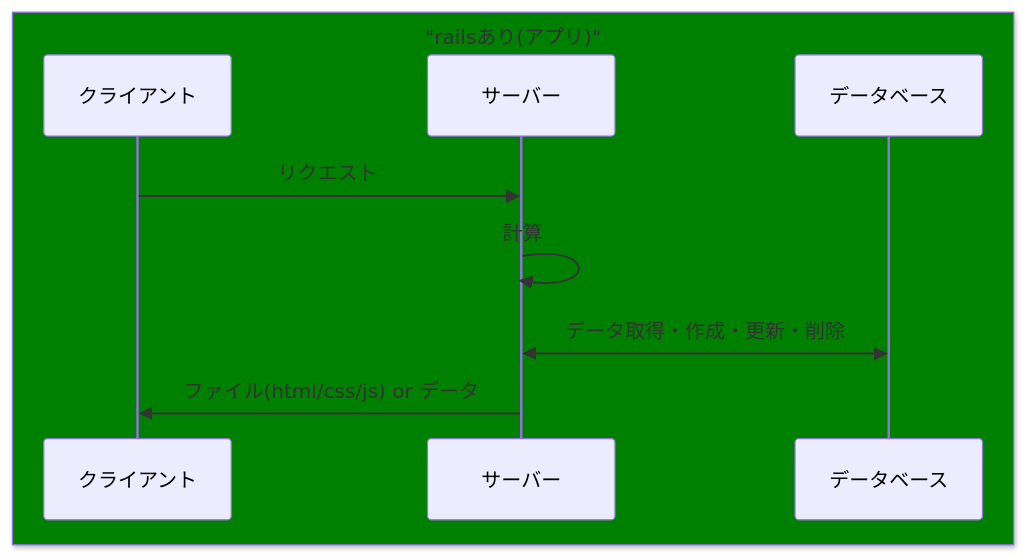
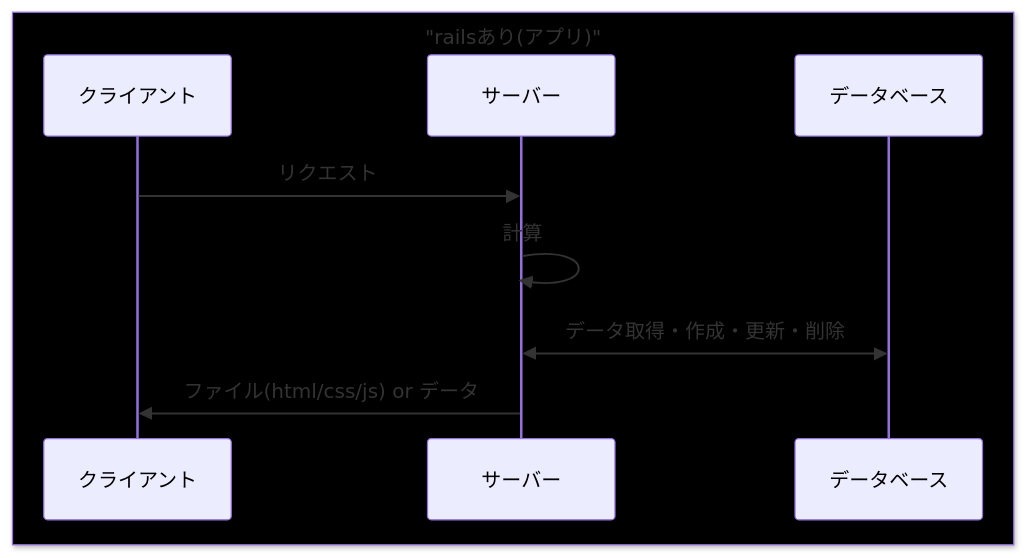
One commit to aoisakanana/lets_start_coding changed the third of 3 diagrams in overview.md. Above: the diagram before and after it, drawn with Mermaid. The commit also changed other lines of this file, not shown here.

````diff
--- a/overview.md
+++ b/overview.md
@@ -50,12 +50,12 @@
 ```mermaid
 sequenceDiagram
-  box green "railsあり(アプリ)"
+  box black "railsあり(アプリ)"
     participant C as クライアント
     participant S as サーバー
     participant D as データベース
   end
   C->>S: リクエスト 
   S->>S: 計算
   S<<->>D: データ取得・作成・更新・削除
   S->>C: ファイル(html/css/js) or データ
 ```
````
